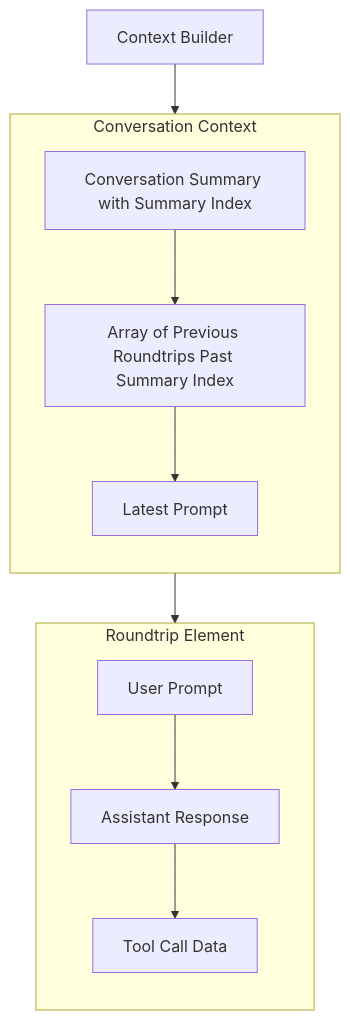
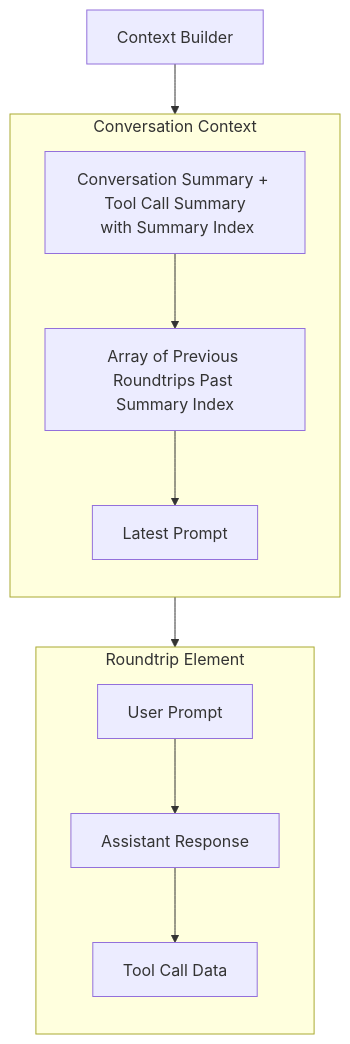
Before and after one commit to mikeshutov/llm_poc: the second of 2 diagrams in README.md, drawn with Mermaid. The commit also changed 17 other files, not shown here.

````diff
--- a/README.md
+++ b/README.md
@@ -53,21 +53,21 @@
 ```mermaid
 flowchart TD
     A[Context Builder] -->B 
     subgraph B[Conversation Context]
         direction TB
-        M1["Conversation Summary with Summary Index"]
+        M1["Conversation Summary + Tool Call Summary\n with Summary Index"]
         M2["Array of Previous Roundtrips Past Summary Index"]
         M3["Latest Prompt"]
         M1 --> M2 --> M3 
     end
 
     subgraph C[Roundtrip Element]
         direction TB
         N1["User Prompt"]
         N2["Assistant Response"]
         N3["Tool Call Data"]
         N1-->N2-->N3
     end
 
  M2 --> C
 ```
````
